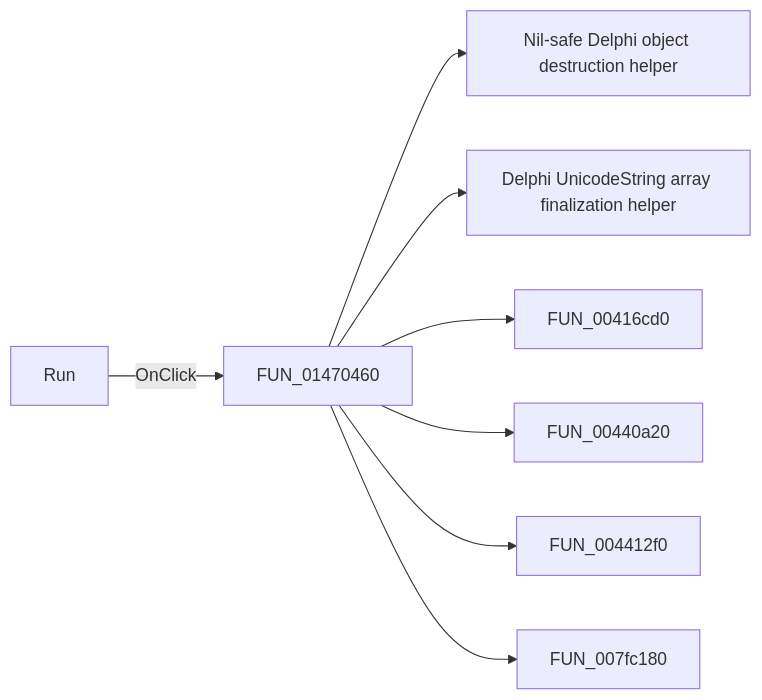
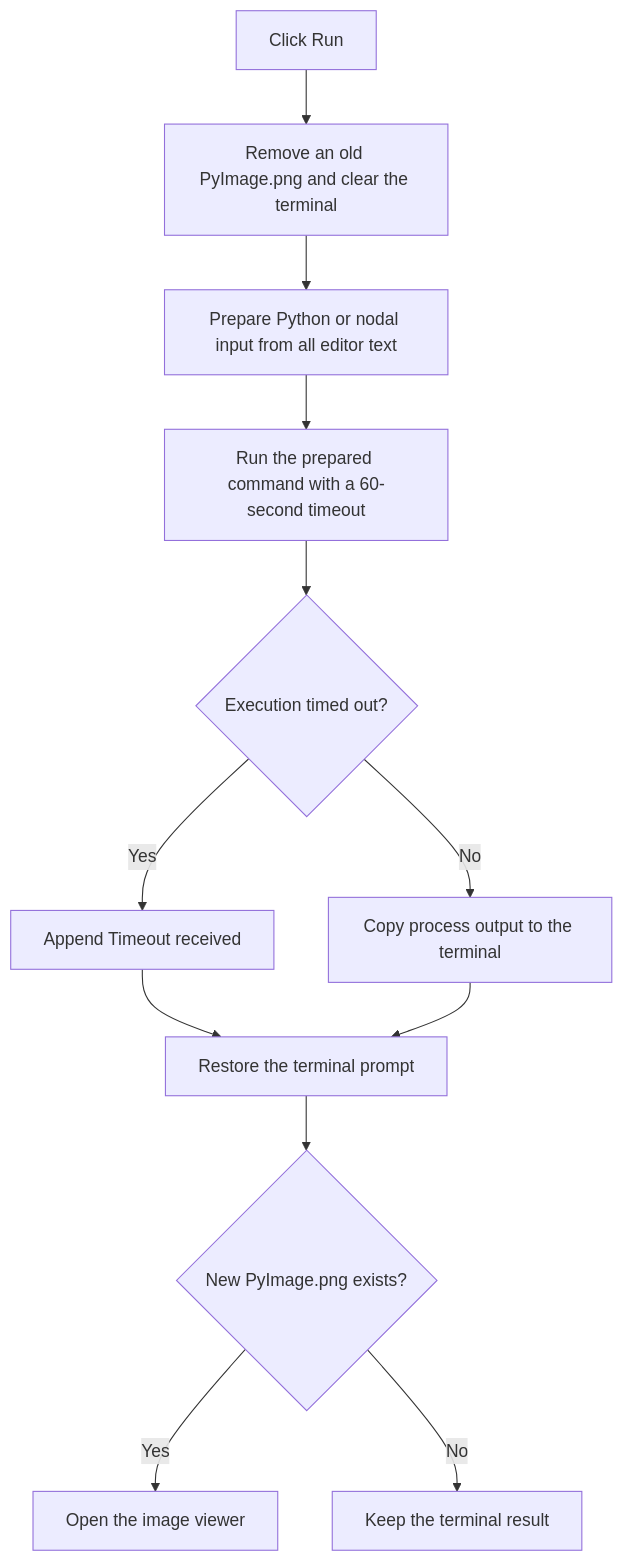
Before and after one commit to MovGP0/TIARA: the diagram in docs/ui-controls/pymainform/sbrun-cbb67f3ce5.md, drawn with Mermaid. The commit also changed other lines of this file and 1062 other files, not shown here.

````diff
--- a/docs/ui-controls/pymainform/sbrun-cbb67f3ce5.md
+++ b/docs/ui-controls/pymainform/sbrun-cbb67f3ce5.md
@@ -27,10 +29,14 @@
 ```mermaid
-flowchart LR
-    control["Run"] -->|OnClick| handler["FUN_01470460"]
-    handler --> call1["Nil-safe Delphi object destruction helper"]
-    handler --> call2["Delphi UnicodeString array finalization helper"]
-    handler --> call3["FUN_00416cd0"]
-    handler --> call4["FUN_00440a20"]
-    handler --> call5["FUN_004412f0"]
-    handler --> call6["FUN_007fc180"]
+flowchart TD
+    control["Click Run"] --> clean["Remove an old PyImage.png and clear the terminal"]
+    clean --> prepare["Prepare Python or nodal input from all editor text"]
+    prepare --> execute["Run the prepared command with a 60-second timeout"]
+    execute --> timeout{"Execution timed out?"}
+    timeout -->|Yes| report["Append Timeout received"]
+    timeout -->|No| output["Copy process output to the terminal"]
+    report --> prompt["Restore the terminal prompt"]
+    output --> prompt
+    prompt --> image{"New PyImage.png exists?"}
+    image -->|Yes| show["Open the image viewer"]
+    image -->|No| finish["Keep the terminal result"]
 ```
````
